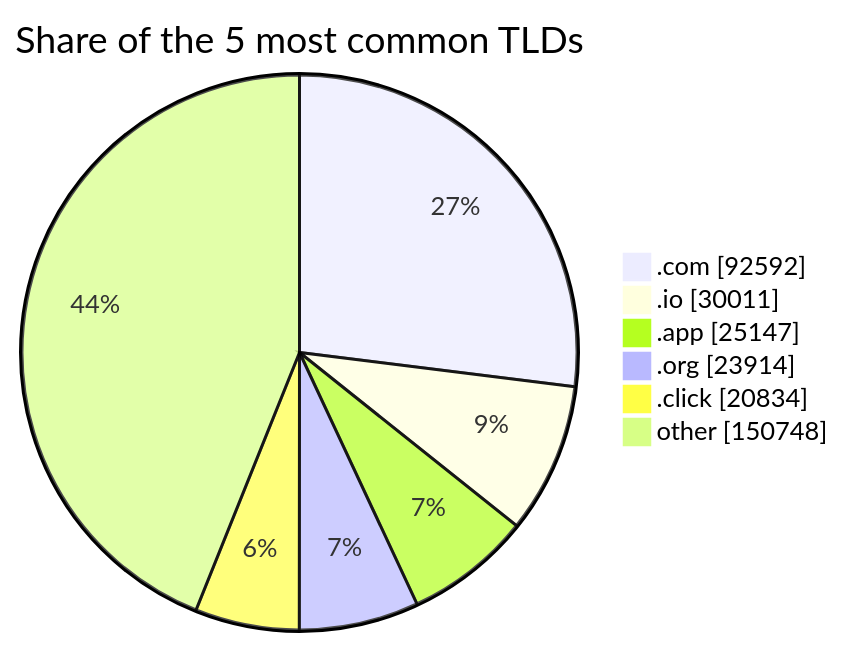
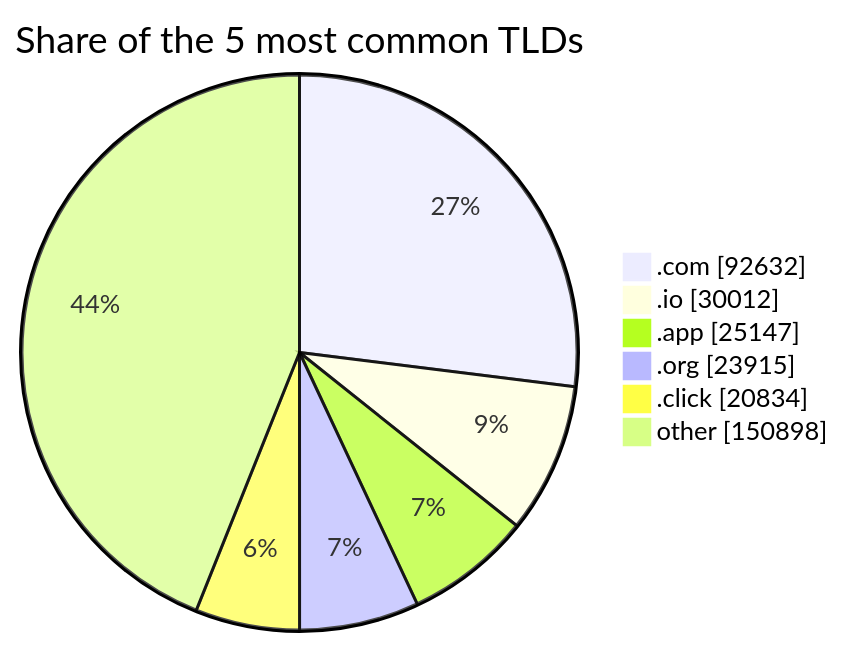
One commit to DNSBunker/CTI changed the third of 3 diagrams in README.md. Above: the diagram before and after it, drawn with Mermaid. The commit also changed other lines of this file and 3 other files, not shown here.

````diff
--- a/README.md
+++ b/README.md
@@ -81,9 +81,9 @@
 ```mermaid
 pie showData title Share of the 5 most common TLDs
-    ".com" : 92592
-    ".io" : 30011
+    ".com" : 92632
+    ".io" : 30012
     ".app" : 25147
-    ".org" : 23914
+    ".org" : 23915
     ".click" : 20834
-    "other" : 150748
+    "other" : 150898
 ```
````
